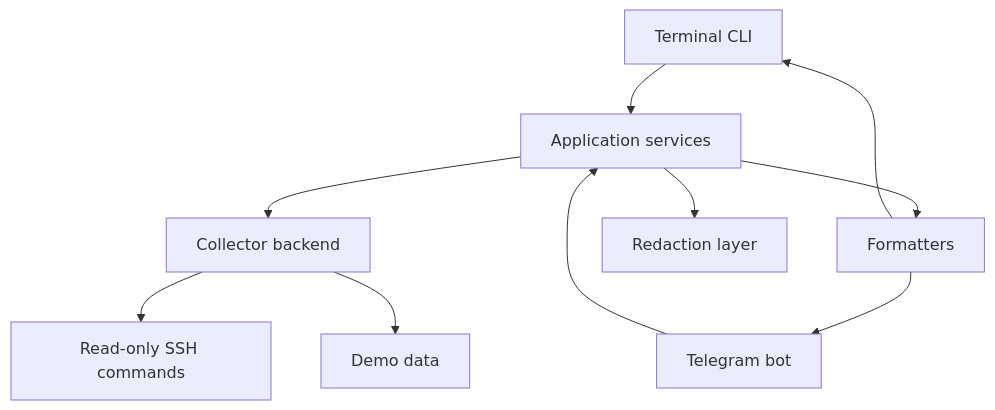
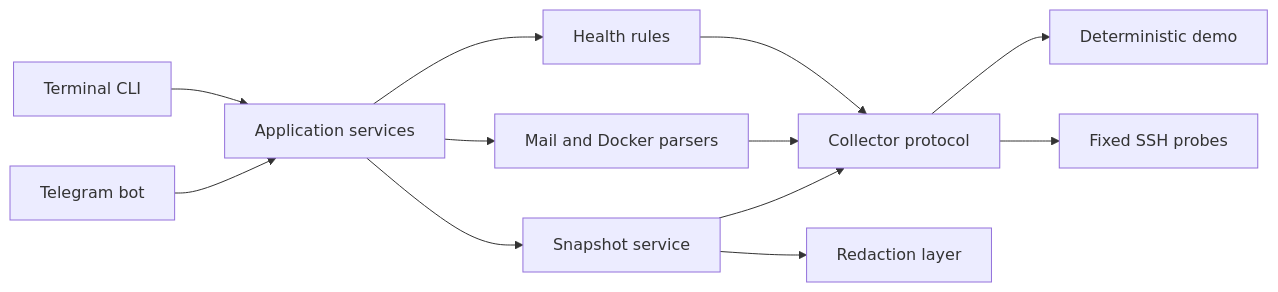
Before and after one commit to Anton-Babaskin/FleetOps: the diagram in README.ru.md, drawn with Mermaid. The commit also changed other lines of this file and 6 other files, not shown here.

````diff
--- a/README.ru.md
+++ b/README.ru.md
@@ -42,12 +198,14 @@
 ```mermaid
-flowchart TD
-    CLI["Terminal CLI"] --> Services["Application services"]
-    Telegram["Telegram bot"] --> Services
-    Services --> Collector["Collector backend"]
-    Collector --> SSH["Read-only SSH commands"]
-    Collector --> Demo["Demo data"]
-    Services --> Formatter["Formatters"]
-    Formatter --> CLI
-    Formatter --> Telegram
-    Services --> Redaction["Redaction layer"]
+flowchart LR
+    CLI[Terminal CLI] --> Services[Application services]
+    TG[Telegram bot] --> Services
+    Services --> Health[Health rules]
+    Services --> Parsers[Mail and Docker parsers]
+    Services --> Snapshots[Snapshot service]
+    Health --> Collector[Collector protocol]
+    Parsers --> Collector
+    Snapshots --> Collector
+    Collector --> Demo[Deterministic demo]
+    Collector --> SSH[Fixed SSH probes]
+    Snapshots --> Redaction[Redaction layer]
 ```
````
